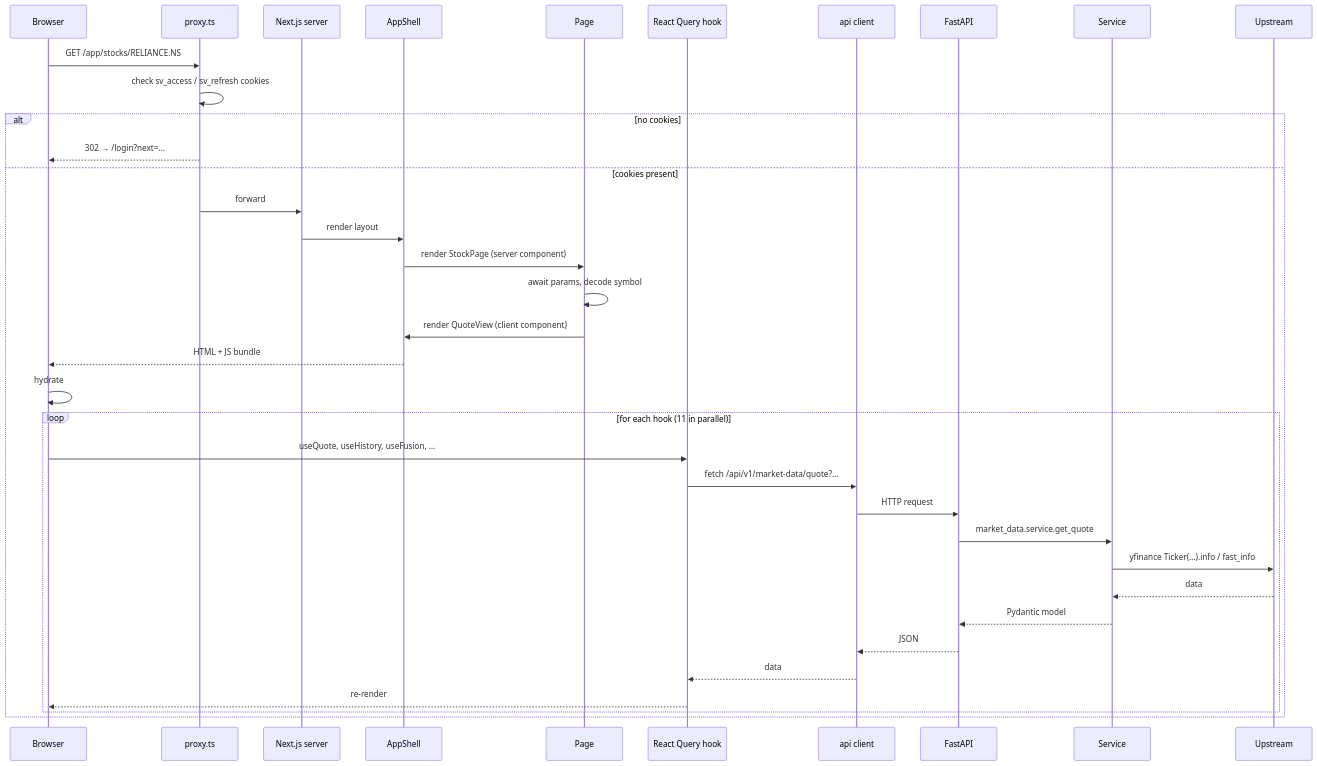
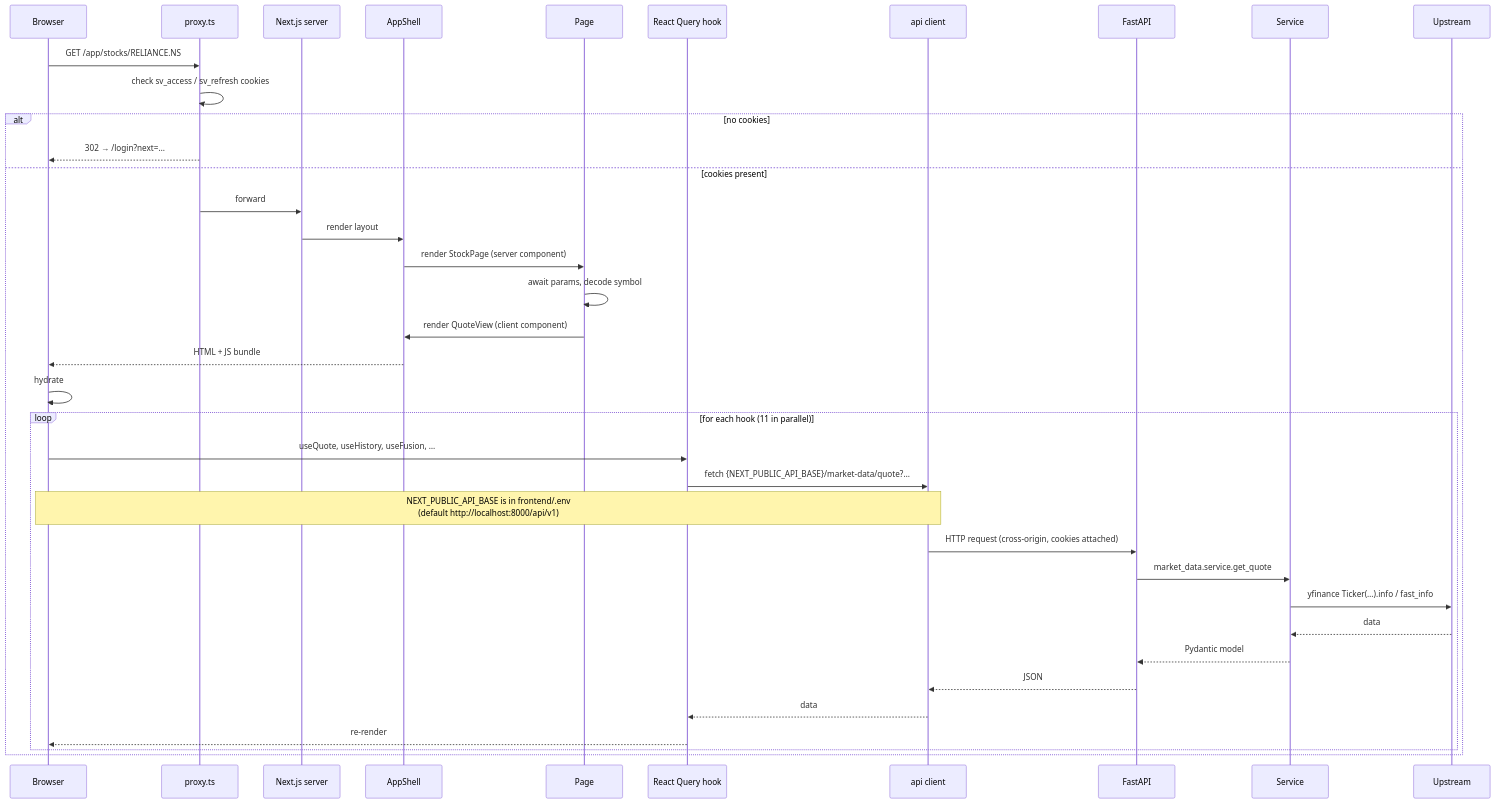
Before and after one commit to raunak-ray/StockView-India: the fourth of 5 diagrams in docs/architecture.md, drawn with Mermaid. The commit also changed other lines of this file and 7 other files, not shown here.

````diff
--- a/docs/architecture.md
+++ b/docs/architecture.md
@@ -114,39 +114,40 @@
 ```mermaid
 sequenceDiagram
     participant Browser
     participant Proxy as proxy.ts
     participant Next as Next.js server
     participant AppShell
     participant Page
     participant Hook as React Query hook
     participant Client as api client
     participant FastAPI
     participant Service
     participant Upstream
 
     Browser->>Proxy: GET /app/stocks/RELIANCE.NS
     Proxy->>Proxy: check sv_access / sv_refresh cookies
     alt no cookies
         Proxy-->>Browser: 302 → /login?next=…
     else cookies present
         Proxy->>Next: forward
         Next->>AppShell: render layout
         AppShell->>Page: render StockPage (server component)
         Page->>Page: await params, decode symbol
         Page->>AppShell: render QuoteView (client component)
         AppShell-->>Browser: HTML + JS bundle
         Browser->>Browser: hydrate
         loop for each hook (11 in parallel)
             Browser->>Hook: useQuote, useHistory, useFusion, …
-            Hook->>Client: fetch /api/v1/market-data/quote?…
-            Client->>FastAPI: HTTP request
+            Hook->>Client: fetch {NEXT_PUBLIC_API_BASE}/market-data/quote?…
+            Note over Client,Browser: NEXT_PUBLIC_API_BASE is in frontend/.env<br/>(default http://localhost:8000/api/v1)
+            Client->>FastAPI: HTTP request (cross-origin, cookies attached)
             FastAPI->>Service: market_data.service.get_quote
             Service->>Upstream: yfinance Ticker(…).info / fast_info
             Upstream-->>Service: data
             Service-->>FastAPI: Pydantic model
             FastAPI-->>Client: JSON
             Client-->>Hook: data
             Hook-->>Browser: re-render
         end
     end
 ```
````
